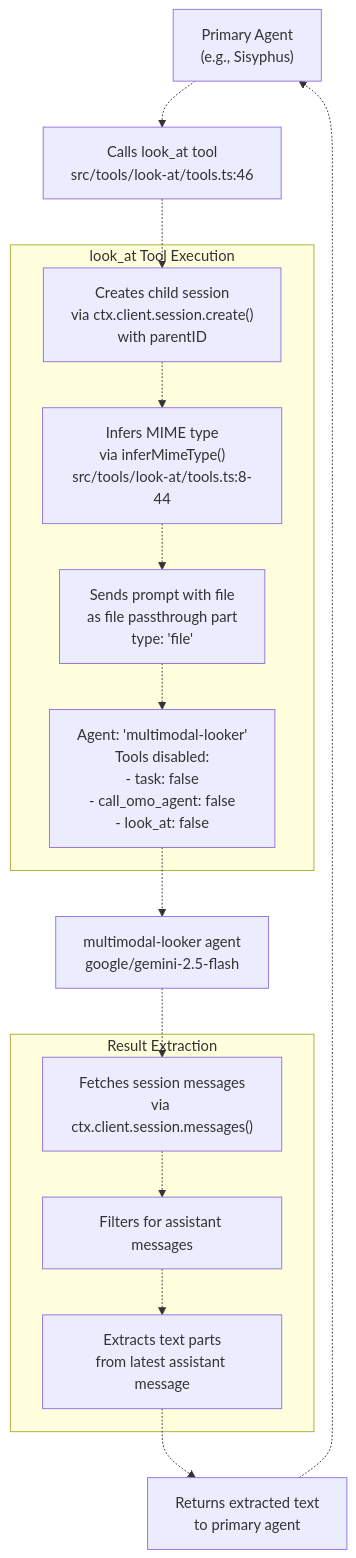
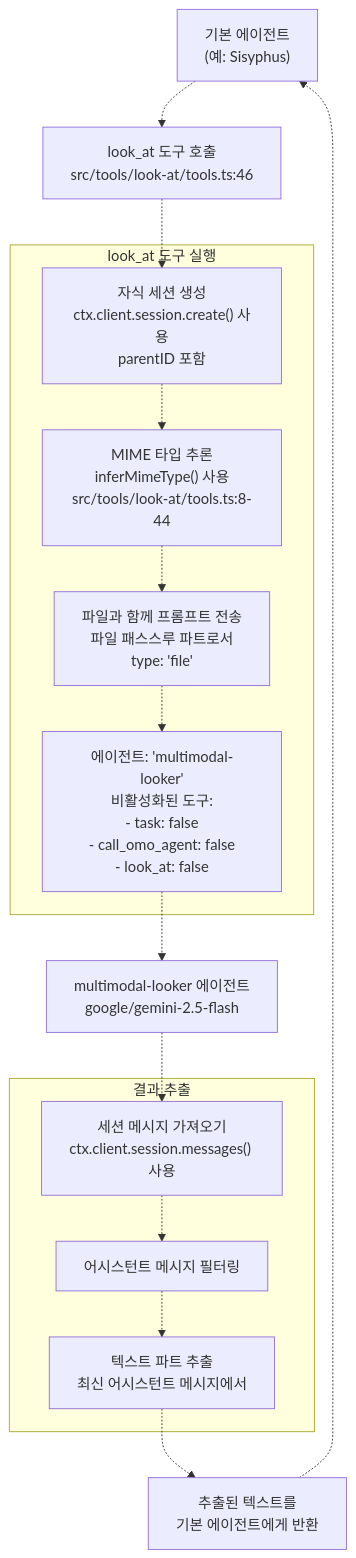
One commit to felipetruman/oh-my-opencode-docs changed the seventh of 7 diagrams in docs/tools/tool-system.md. Above: the diagram before and after it, drawn with Mermaid. The commit also changed other lines of this file and 76 other files, not shown here.

````diff
--- a/docs/tools/tool-system.md
+++ b/docs/tools/tool-system.md
@@ -533,40 +507,40 @@
 ```mermaid
 flowchart TD
 
-PrimaryAgent["Primary Agent<br>(e.g., Sisyphus)"]
-CallLookAt["Calls look_at tool<br>src/tools/look-at/tools.ts:46"]
-CreateSession["Creates child session<br>via ctx.client.session.create()<br>with parentID"]
-InferMime["Infers MIME type<br>via inferMimeType()<br>src/tools/look-at/tools.ts:8-44"]
-SendPrompt["Sends prompt with file<br>as file passthrough part<br>type: 'file'"]
-ConfigureAgent["Agent: 'multimodal-looker'<br>Tools disabled:<br>- task: false<br>- call_omo_agent: false<br>- look_at: false"]
-MultimodalAgent["multimodal-looker agent<br>google/gemini-2.5-flash"]
-FetchMessages["Fetches session messages<br>via ctx.client.session.messages()"]
-FilterAssistant["Filters for assistant messages"]
-ExtractText["Extracts text parts<br>from latest assistant message"]
-ReturnResult["Returns extracted text<br>to primary agent"]
+PrimaryAgent["기본 에이전트<br>(예: Sisyphus)"]
+CallLookAt["look_at 도구 호출<br>src/tools/look-at/tools.ts:46"]
+CreateSession["자식 세션 생성<br>ctx.client.session.create() 사용<br>parentID 포함"]
+InferMime["MIME 타입 추론<br>inferMimeType() 사용<br>src/tools/look-at/tools.ts:8-44"]
+SendPrompt["파일과 함께 프롬프트 전송<br>파일 패스스루 파트로서<br>type: 'file'"]
+ConfigureAgent["에이전트: 'multimodal-looker'<br>비활성화된 도구:<br>- task: false<br>- call_omo_agent: false<br>- look_at: false"]
+MultimodalAgent["multimodal-looker 에이전트<br>google/gemini-2.5-flash"]
+FetchMessages["세션 메시지 가져오기<br>ctx.client.session.messages() 사용"]
+FilterAssistant["어시스턴트 메시지 필터링"]
+ExtractText["텍스트 파트 추출<br>최신 어시스턴트 메시지에서"]
+ReturnResult["추출된 텍스트를<br>기본 에이전트에게 반환"]
 
 PrimaryAgent -.-> CallLookAt
 CallLookAt -.-> CreateSession
 ConfigureAgent -.-> MultimodalAgent
 MultimodalAgent -.-> FetchMessages
 ExtractText -.-> ReturnResult
 ReturnResult -.-> PrimaryAgent
 
-subgraph ResultExtraction ["Result Extraction"]
+subgraph ResultExtraction ["결과 추출"]
     FetchMessages
     FilterAssistant
     ExtractText
     FetchMessages -.-> FilterAssistant
     FilterAssistant -.-> ExtractText
 end
 
-subgraph LookAtExecution ["look_at Tool Execution"]
+subgraph LookAtExecution ["look_at 도구 실행"]
     CreateSession
     InferMime
     SendPrompt
     ConfigureAgent
     CreateSession -.-> InferMime
     InferMime -.-> SendPrompt
     SendPrompt -.-> ConfigureAgent
 end
 ```
````
